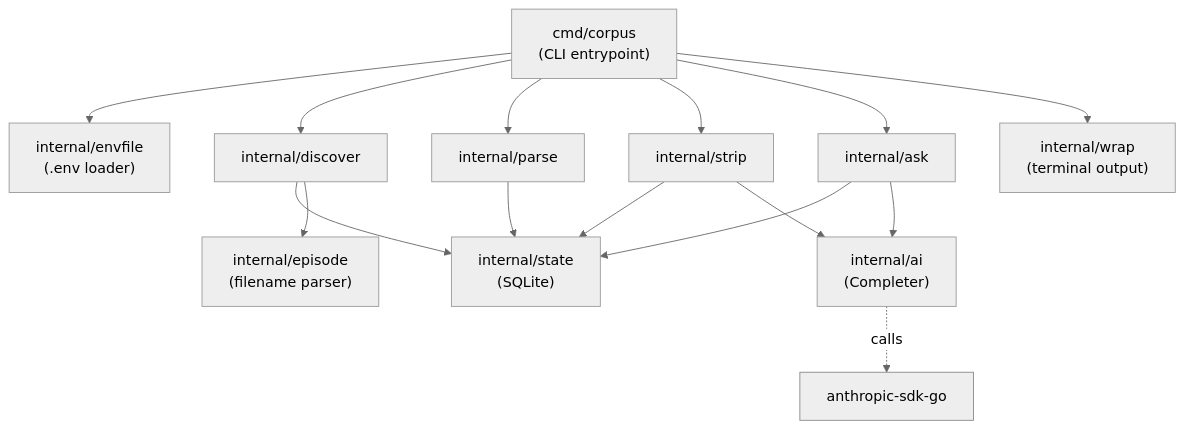
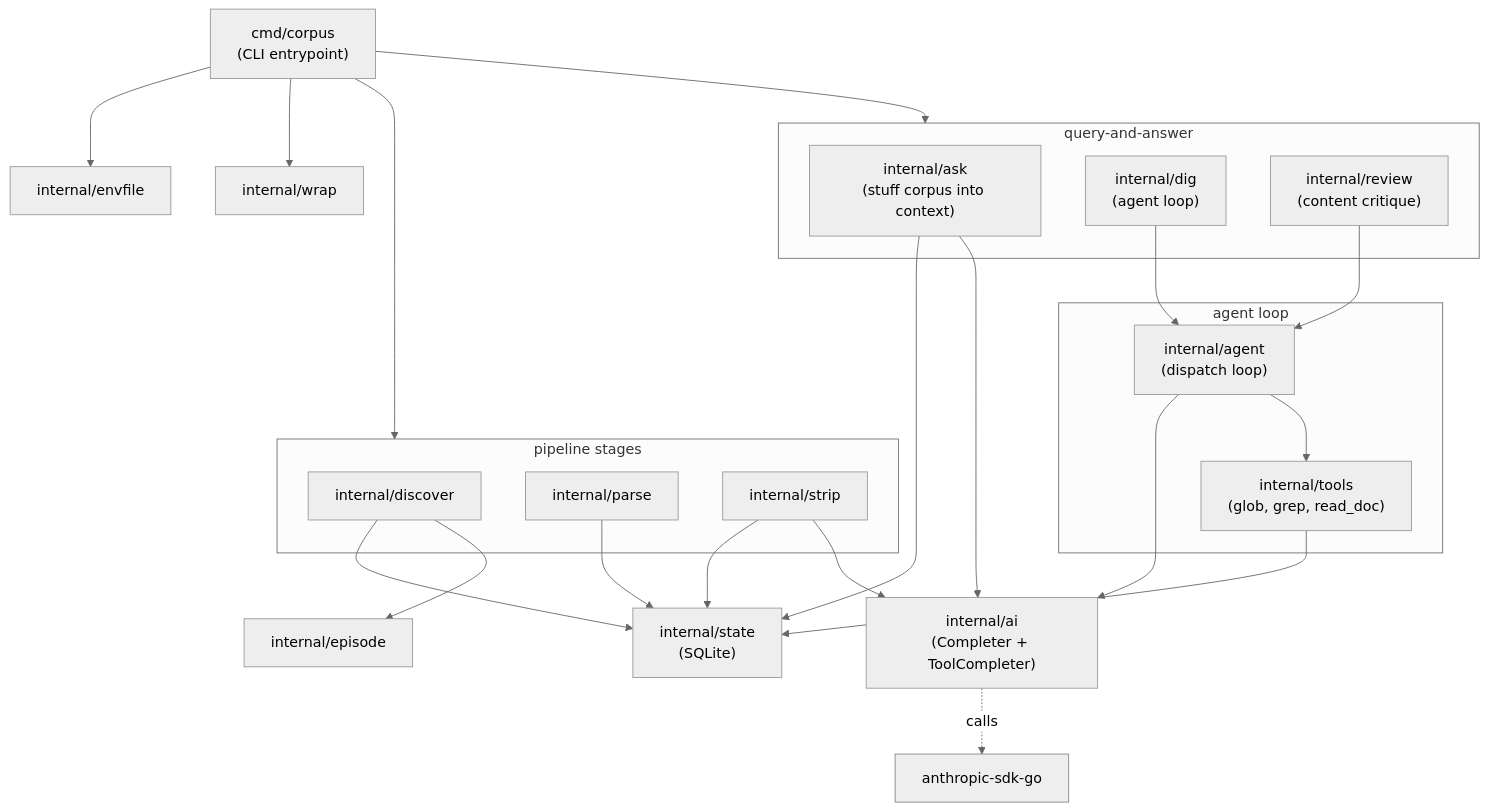
Before and after one commit to patrickisgreat/sharma-bot: the first of 5 diagrams in docs/architecture.md, drawn with Mermaid (neutral theme). The commit also changed other lines of this file and 3 other files, not shown here.

First line of the commit message:
docs: update CLAUDE.md, architecture, roadmap, user-guide for agent loop

````diff
--- a/docs/architecture.md
+++ b/docs/architecture.md
@@ -15,25 +16,46 @@
 ```mermaid
 flowchart TD
     main["cmd/corpus<br/>(CLI entrypoint)"]
-    main --> envfile["internal/envfile<br/>(.env loader)"]
-    main --> discover["internal/discover"]
-    main --> parse["internal/parse"]
-    main --> strip["internal/strip"]
-    main --> ask["internal/ask"]
-    main --> wrap["internal/wrap<br/>(terminal output)"]
+
+    subgraph pipeline ["pipeline stages"]
+        discover["internal/discover"]
+        parse["internal/parse"]
+        strip["internal/strip"]
+    end
+
+    subgraph qna ["query-and-answer"]
+        ask["internal/ask<br/>(stuff corpus into context)"]
+        dig["internal/dig<br/>(agent loop)"]
+        review["internal/review<br/>(content critique)"]
+    end
+
+    subgraph agent_layer ["agent loop"]
+        agent["internal/agent<br/>(dispatch loop)"]
+        tools["internal/tools<br/>(glob, grep, read_doc)"]
+    end
+
+    main --> envfile["internal/envfile"]
+    main --> pipeline
+    main --> qna
+    main --> wrap["internal/wrap"]
 
     discover --> state["internal/state<br/>(SQLite)"]
-    discover --> episode["internal/episode<br/>(filename parser)"]
-
+    discover --> episode["internal/episode"]
     parse --> state
     strip --> state
-    strip --> ai["internal/ai<br/>(Completer)"]
+    strip --> ai["internal/ai<br/>(Completer + ToolCompleter)"]
 
     ask --> state
     ask --> ai
+    dig --> agent
+    review --> agent
+
+    agent --> ai
+    agent --> tools
+    tools --> state
 
     ai -.calls.-> sdk["anthropic-sdk-go"]
 
     classDef external fill:#eee,stroke:#888;
     class sdk external;
 ```
````
